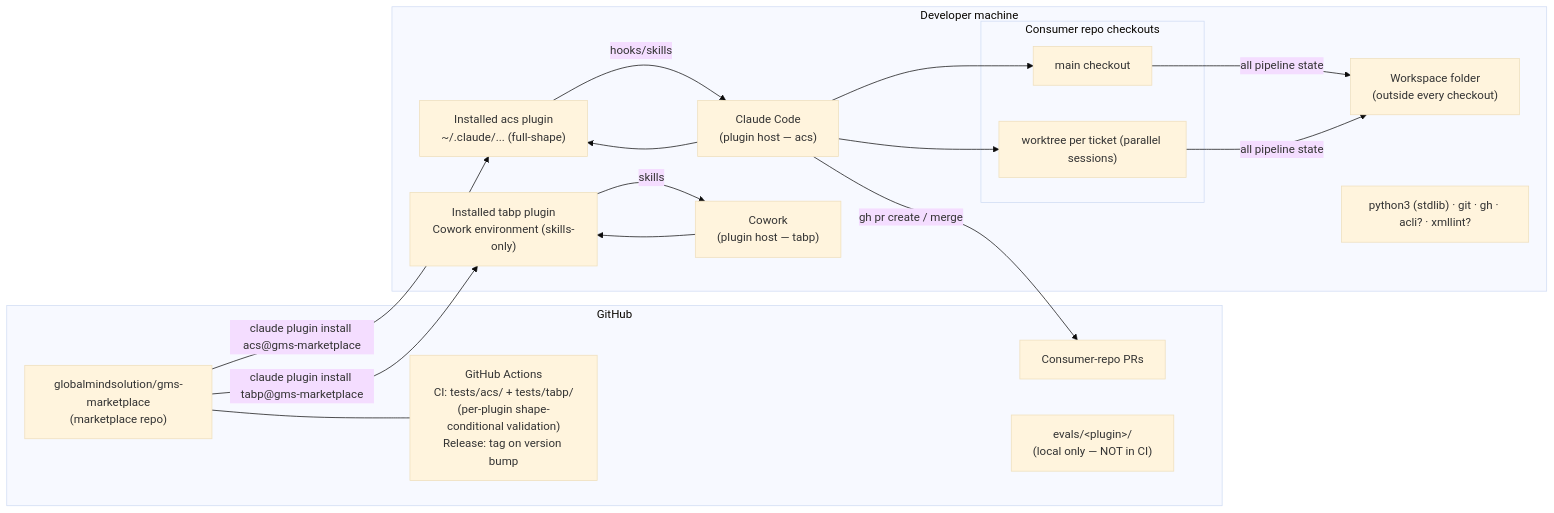
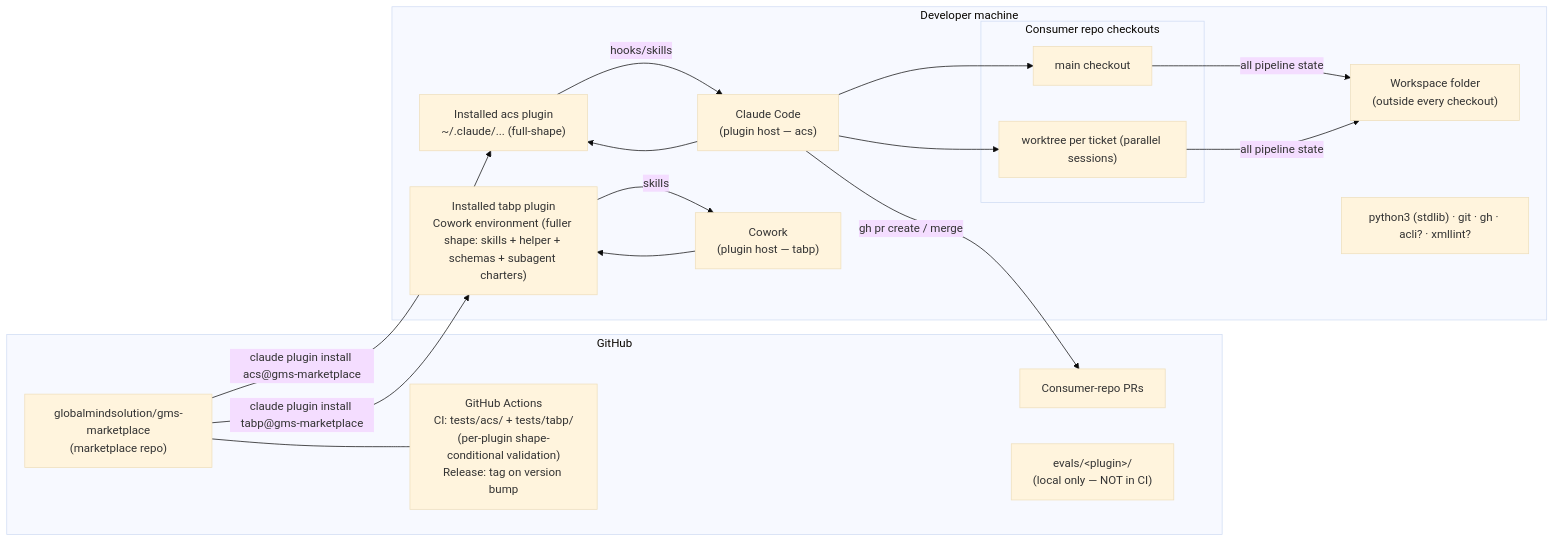
The diagram in docs/architecture/hld/deployment.md (globalmindsolution/gms-marketplace), drawn with Mermaid (base theme) before and after one commit. The commit also changed 2 other files, not shown here.

Commit message:
MAR-2 decision-write wiring, TestSkillsOnlyShape regression fix, namespace guard
- Append Step 5b (Record the decision) to SKILL.md after Step 5a:
  invokes tabp_helper.py decision-write with verification-passed/notes,
  includes the verification-failed branch and degradation path.
  No acs:/\.acs/ tokens introduced; byte-stable core (Step 4 to Step 5)
  unchanged.
- Fix TestSkillsOnlyShape: flip test_no_schemas_dir and test_no_agents_dir
  from assertFalse to assertTrue (schemas/ and agents/ now present after
  MAR-2); rewrite class docstring to post-MAR-2 wording (spec 04).
- Add TestNamespaceGuard: subprocess grep guard asserts grep -rE
  '\.acs/|acs:' plugins/tabp returns no match (CI-enforced AC-6).
- Add TestSkillMdDecisionWrite: TC-06 (Step 5b heading present),
  TC-07 (Step 5b after Step 5a in file order), TC-08 (no acs: token).
- Update deployment.md PI_TABP label from skills-only to fuller shape.
- Full suite: 565 tests, 0 failures (closes the one expected failure
  from T3: test_no_agents_dir).

````diff
--- a/docs/architecture/hld/deployment.md
+++ b/docs/architecture/hld/deployment.md
@@ -3,33 +3,33 @@
 ```mermaid
 flowchart LR
     subgraph github["GitHub"]
         MR["globalmindsolution/gms-marketplace<br/>(marketplace repo)"]
         ACT["GitHub Actions<br/>CI: tests/acs/ + tests/tabp/<br/>(per-plugin shape-conditional validation)<br/>Release: tag on version bump"]
         PRS["Consumer-repo PRs"]
         EVALS["evals/&lt;plugin&gt;/<br/>(local only — NOT in CI)"]
     end
 
     subgraph machine["Developer machine"]
         CC["Claude Code<br/>(plugin host — acs)"]
         CW["Cowork<br/>(plugin host — tabp)"]
         PI_ACS["Installed acs plugin<br/>~/.claude/... (full-shape)"]
-        PI_TABP["Installed tabp plugin<br/>Cowork environment (skills-only)"]
+        PI_TABP["Installed tabp plugin<br/>Cowork environment (fuller shape: skills + helper + schemas + subagent charters)"]
         subgraph checkouts["Consumer repo checkouts"]
             CO1["main checkout"]
             CO2["worktree per ticket (parallel sessions)"]
         end
         WS["Workspace folder<br/>(outside every checkout)"]
         PY["python3 (stdlib) · git · gh · acli? · xmllint?"]
     end
 
     MR -- "claude plugin install acs@gms-marketplace" --> PI_ACS
     MR -- "claude plugin install tabp@gms-marketplace" --> PI_TABP
     MR --- ACT
     CC --> PI_ACS
     PI_ACS -- hooks/skills --> CC
     CW --> PI_TABP
     PI_TABP -- skills --> CW
     CC --> CO1 & CO2
     CO1 & CO2 -- "all pipeline state" --> WS
     CC -- "gh pr create / merge" --> PRS
 ```
````
